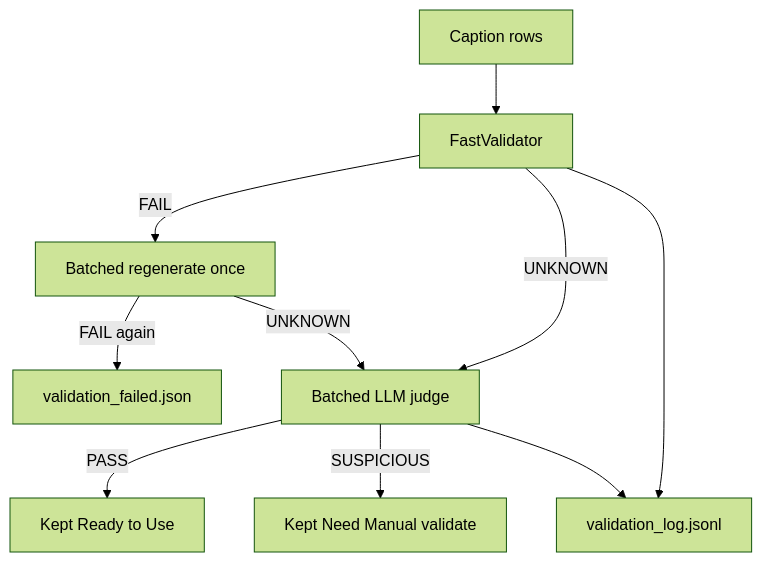
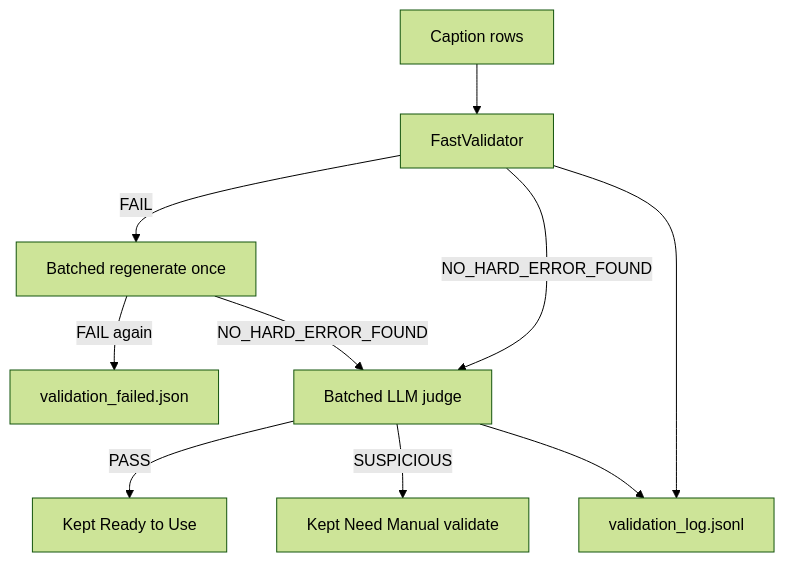
The diagram in QuestionDependentCaptionGenerator/validation/README.md (MahdiRuzmeh/ImageCaptioningImprovedVisualQuestionAnswering), drawn with Mermaid (forest theme) before and after one commit. The commit also changed other lines of this file and 17 other files, not shown here.

Commit message:
chore: Update validation logic to replace UNKNOWN with NO_HARD_ERROR_FOUND and adjust versioning in validation components.

````diff
--- a/QuestionDependentCaptionGenerator/validation/README.md
+++ b/QuestionDependentCaptionGenerator/validation/README.md
@@ -13,12 +14,12 @@
 ```mermaid
 flowchart TD
   Rows[Caption rows] --> Fast[FastValidator]
   Fast -->|FAIL| Retry[Batched regenerate once]
   Retry -->|FAIL again| Sidecar[validation_failed.json]
-  Retry -->|UNKNOWN| LLM
-  Fast -->|UNKNOWN| LLM[Batched LLM judge]
+  Retry -->|NO_HARD_ERROR_FOUND| LLM
+  Fast -->|NO_HARD_ERROR_FOUND| LLM[Batched LLM judge]
   LLM -->|PASS| Keep[Kept Ready to Use]
   LLM -->|SUSPICIOUS| KeepSus[Kept Need Manual validate]
   Fast --> Log[validation_log.jsonl]
   LLM --> Log
 ```
````
